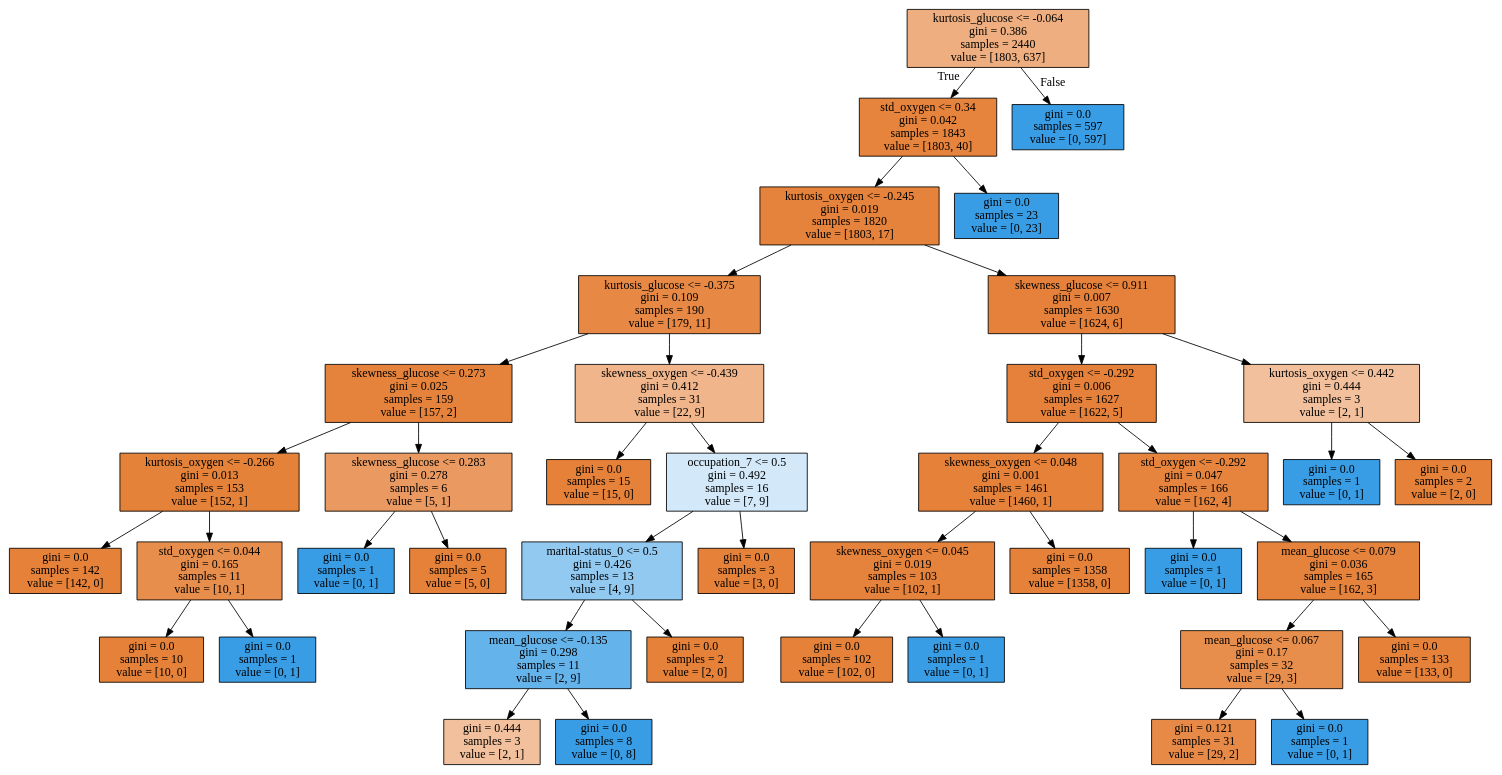
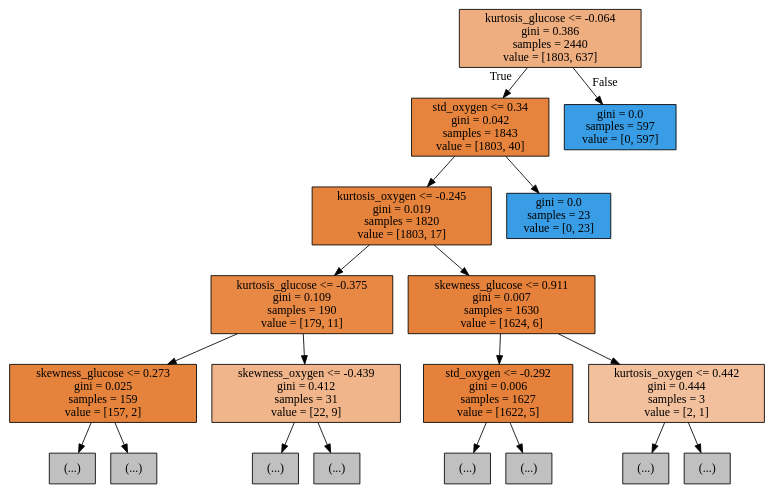
One commit to MakoHnat/IAU changed the diagram in tree.dot. Above: the diagram before and after it, drawn with Graphviz. The commit also changed 1 other file, not shown here.

```diff
--- a/tree.dot
+++ b/tree.dot
@@ -1,84 +1,40 @@
 digraph Tree {
 node [shape=box, style="filled", color="black"] ;
 0 [label="kurtosis_glucose <= -0.064\ngini = 0.386\nsamples = 2440\nvalue = [1803, 637]", fillcolor="#eeae7f"] ;
 1 [label="std_oxygen <= 0.34\ngini = 0.042\nsamples = 1843\nvalue = [1803, 40]", fillcolor="#e6843d"] ;
 0 -> 1 [labeldistance=2.5, labelangle=45, headlabel="True"] ;
 3 [label="kurtosis_oxygen <= -0.245\ngini = 0.019\nsamples = 1820\nvalue = [1803, 17]", fillcolor="#e5823b"] ;
 1 -> 3 ;
 5 [label="kurtosis_glucose <= -0.375\ngini = 0.109\nsamples = 190\nvalue = [179, 11]", fillcolor="#e78945"] ;
 3 -> 5 ;
 7 [label="skewness_glucose <= 0.273\ngini = 0.025\nsamples = 159\nvalue = [157, 2]", fillcolor="#e5833c"] ;
 5 -> 7 ;
-21 [label="kurtosis_oxygen <= -0.266\ngini = 0.013\nsamples = 153\nvalue = [152, 1]", fillcolor="#e5823a"] ;
+21 [label="(...)", fillcolor="#C0C0C0"] ;
 7 -> 21 ;
-25 [label="gini = 0.0\nsamples = 142\nvalue = [142, 0]", fillcolor="#e58139"] ;
-21 -> 25 ;
-26 [label="std_oxygen <= 0.044\ngini = 0.165\nsamples = 11\nvalue = [10, 1]", fillcolor="#e88e4d"] ;
-21 -> 26 ;
-27 [label="gini = 0.0\nsamples = 10\nvalue = [10, 0]", fillcolor="#e58139"] ;
-26 -> 27 ;
-28 [label="gini = 0.0\nsamples = 1\nvalue = [0, 1]", fillcolor="#399de5"] ;
-26 -> 28 ;
-22 [label="skewness_glucose <= 0.283\ngini = 0.278\nsamples = 6\nvalue = [5, 1]", fillcolor="#ea9a61"] ;
+22 [label="(...)", fillcolor="#C0C0C0"] ;
 7 -> 22 ;
-23 [label="gini = 0.0\nsamples = 1\nvalue = [0, 1]", fillcolor="#399de5"] ;
-22 -> 23 ;
-24 [label="gini = 0.0\nsamples = 5\nvalue = [5, 0]", fillcolor="#e58139"] ;
-22 -> 24 ;
 8 [label="skewness_oxygen <= -0.439\ngini = 0.412\nsamples = 31\nvalue = [22, 9]", fillcolor="#f0b58a"] ;
 5 -> 8 ;
-9 [label="gini = 0.0\nsamples = 15\nvalue = [15, 0]", fillcolor="#e58139"] ;
+9 [label="(...)", fillcolor="#C0C0C0"] ;
 8 -> 9 ;
-10 [label="occupation_7 <= 0.5\ngini = 0.492\nsamples = 16\nvalue = [7, 9]", fillcolor="#d3e9f9"] ;
+10 [label="(...)", fillcolor="#C0C0C0"] ;
 8 -> 10 ;
-11 [label="marital-status_0 <= 0.5\ngini = 0.426\nsamples = 13\nvalue = [4, 9]", fillcolor="#91c9f1"] ;
-10 -> 11 ;
-13 [label="mean_glucose <= -0.135\ngini = 0.298\nsamples = 11\nvalue = [2, 9]", fillcolor="#65b3eb"] ;
-11 -> 13 ;
-15 [label="gini = 0.444\nsamples = 3\nvalue = [2, 1]", fillcolor="#f2c09c"] ;
-13 -> 15 ;
-16 [label="gini = 0.0\nsamples = 8\nvalue = [0, 8]", fillcolor="#399de5"] ;
-13 -> 16 ;
-14 [label="gini = 0.0\nsamples = 2\nvalue = [2, 0]", fillcolor="#e58139"] ;
-11 -> 14 ;
-12 [label="gini = 0.0\nsamples = 3\nvalue = [3, 0]", fillcolor="#e58139"] ;
-10 -> 12 ;
 6 [label="skewness_glucose <= 0.911\ngini = 0.007\nsamples = 1630\nvalue = [1624, 6]", fillcolor="#e5813a"] ;
 3 -> 6 ;
 17 [label="std_oxygen <= -0.292\ngini = 0.006\nsamples = 1627\nvalue = [1622, 5]", fillcolor="#e5813a"] ;
 6 -> 17 ;
-29 [label="skewness_oxygen <= 0.048\ngini = 0.001\nsamples = 1461\nvalue = [1460, 1]", fillcolor="#e58139"] ;
+29 [label="(...)", fillcolor="#C0C0C0"] ;
 17 -> 29 ;
-37 [label="skewness_oxygen <= 0.045\ngini = 0.019\nsamples = 103\nvalue = [102, 1]", fillcolor="#e5823b"] ;
-29 -> 37 ;
-39 [label="gini = 0.0\nsamples = 102\nvalue = [102, 0]", fillcolor="#e58139"] ;
-37 -> 39 ;
-40 [label="gini = 0.0\nsamples = 1\nvalue = [0, 1]", fillcolor="#399de5"] ;
-37 -> 40 ;
-38 [label="gini = 0.0\nsamples = 1358\nvalue = [1358, 0]", fillcolor="#e58139"] ;
-29 -> 38 ;
-30 [label="std_oxygen <= -0.292\ngini = 0.047\nsamples = 166\nvalue = [162, 4]", fillcolor="#e6843e"] ;
+30 [label="(...)", fillcolor="#C0C0C0"] ;
 17 -> 30 ;
-31 [label="gini = 0.0\nsamples = 1\nvalue = [0, 1]", fillcolor="#399de5"] ;
-30 -> 31 ;
-32 [label="mean_glucose <= 0.079\ngini = 0.036\nsamples = 165\nvalue = [162, 3]", fillcolor="#e5833d"] ;
-30 -> 32 ;
-33 [label="mean_glucose <= 0.067\ngini = 0.17\nsamples = 32\nvalue = [29, 3]", fillcolor="#e88e4d"] ;
-32 -> 33 ;
-35 [label="gini = 0.121\nsamples = 31\nvalue = [29, 2]", fillcolor="#e78a47"] ;
-33 -> 35 ;
-36 [label="gini = 0.0\nsamples = 1\nvalue = [0, 1]", fillcolor="#399de5"] ;
-33 -> 36 ;
-34 [label="gini = 0.0\nsamples = 133\nvalue = [133, 0]", fillcolor="#e58139"] ;
-32 -> 34 ;
 18 [label="kurtosis_oxygen <= 0.442\ngini = 0.444\nsamples = 3\nvalue = [2, 1]", fillcolor="#f2c09c"] ;
 6 -> 18 ;
-19 [label="gini = 0.0\nsamples = 1\nvalue = [0, 1]", fillcolor="#399de5"] ;
+19 [label="(...)", fillcolor="#C0C0C0"] ;
 18 -> 19 ;
-20 [label="gini = 0.0\nsamples = 2\nvalue = [2, 0]", fillcolor="#e58139"] ;
+20 [label="(...)", fillcolor="#C0C0C0"] ;
 18 -> 20 ;
 4 [label="gini = 0.0\nsamples = 23\nvalue = [0, 23]", fillcolor="#399de5"] ;
 1 -> 4 ;
 2 [label="gini = 0.0\nsamples = 597\nvalue = [0, 597]", fillcolor="#399de5"] ;
 0 -> 2 [labeldistance=2.5, labelangle=-45, headlabel="False"] ;
 }
```
